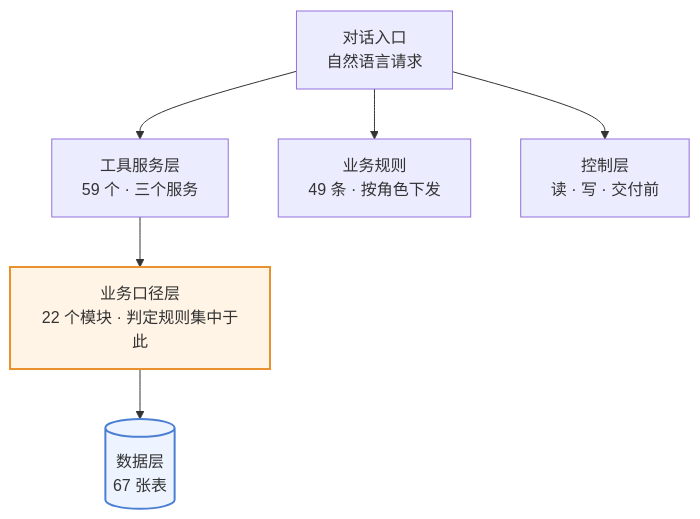
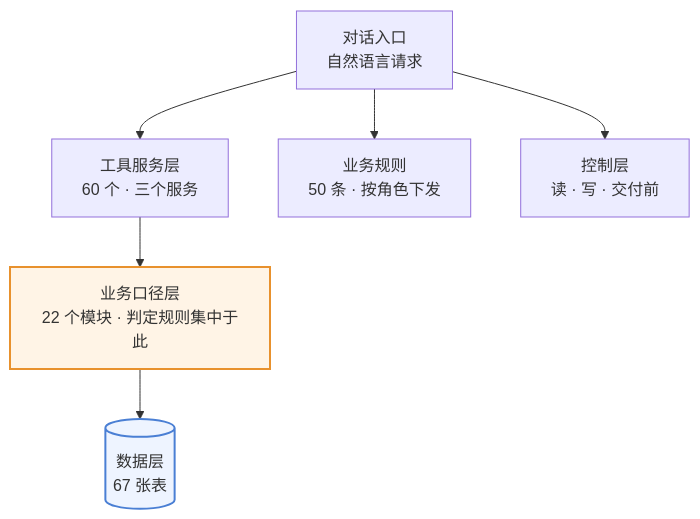
Before and after one commit to 843773296-rgb/lanxiu-yunshang-agent: the first of 4 diagrams in 澜绣云裳agent-产品需求文档.md, drawn with Mermaid. The commit also changed other lines of this file and 5 other files, not shown here.

````diff
--- a/澜绣云裳agent-产品需求文档.md
+++ b/澜绣云裳agent-产品需求文档.md
@@ -132,12 +132,12 @@
 ```mermaid
 flowchart TD
     M["对话入口<br/>自然语言请求"]
-    M --> T["工具服务层<br/>59 个 · 三个服务"]
-    M --> R["业务规则<br/>49 条 · 按角色下发"]
+    M --> T["工具服务层<br/>60 个 · 三个服务"]
+    M --> R["业务规则<br/>50 条 · 按角色下发"]
     M --> G["控制层<br/>读 · 写 · 交付前"]
     T --> K["业务口径层<br/>22 个模块 · 判定规则集中于此"]
     K --> DB[("数据层<br/>67 张表")]
 
     style K fill:#fff4e6,stroke:#e8912d,stroke-width:2px
     style DB fill:#eef4ff,stroke:#4a7fd4,stroke-width:2px
 ```
````
